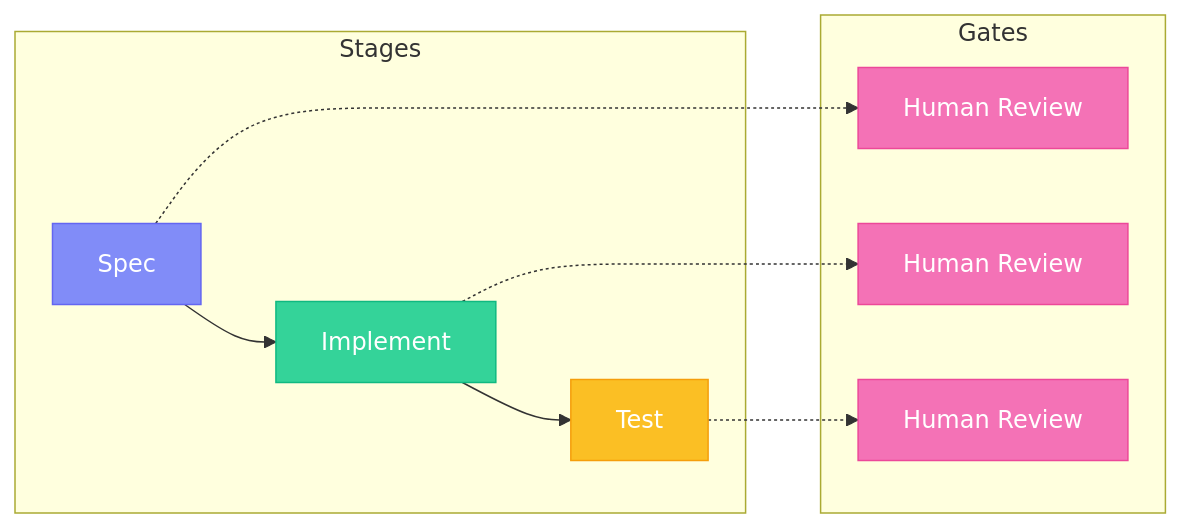
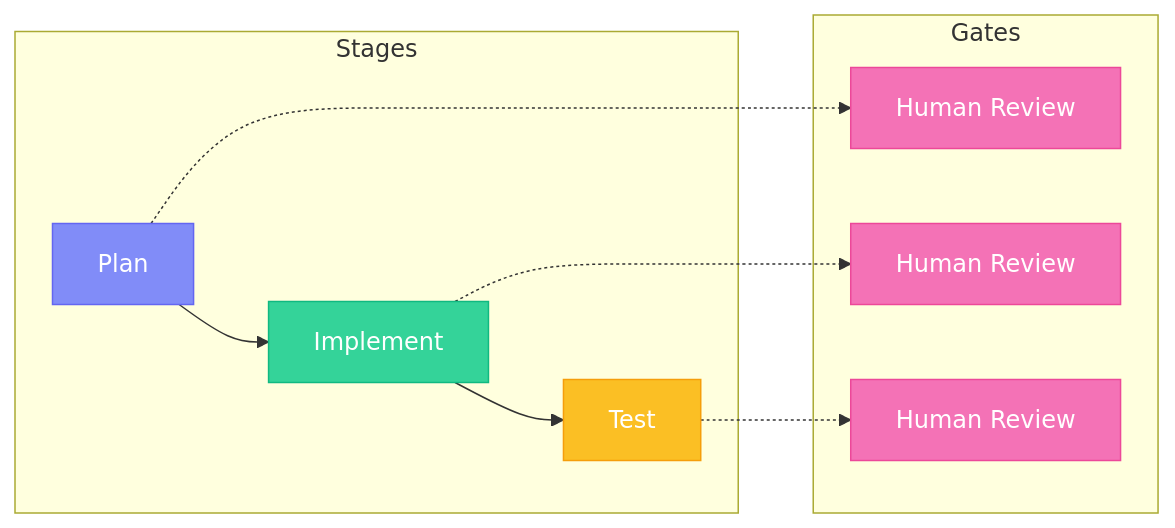
One commit to KiNgReX90/specsmd_turbo changed the second of 2 diagrams in docs.specs.md/core-concepts/bolts.mdx. Above: the diagram before and after it, drawn with Mermaid. The commit also changed other lines of this file and 11 other files, not shown here.

First line of the commit message:
docs: rename simple bolt Stage 1 from Spec to Plan

````diff
--- a/docs.specs.md/core-concepts/bolts.mdx
+++ b/docs.specs.md/core-concepts/bolts.mdx
@@ -159,19 +159,19 @@
 ```mermaid
 flowchart LR
     subgraph Stages
-        S[Spec] --> I[Implement] --> T[Test]
+        P[Plan] --> I[Implement] --> T[Test]
     end
 
     subgraph Gates
-        S -.-> G1[Human Review]
+        P -.-> G1[Human Review]
         I -.-> G2[Human Review]
         T -.-> G3[Human Review]
     end
 
-    style S fill:#818CF8,stroke:#6366F1,color:#fff
+    style P fill:#818CF8,stroke:#6366F1,color:#fff
     style I fill:#34D399,stroke:#10B981,color:#fff
     style T fill:#FBBF24,stroke:#F59E0B,color:#fff
     style G1 fill:#F472B6,stroke:#EC4899,color:#fff
     style G2 fill:#F472B6,stroke:#EC4899,color:#fff
     style G3 fill:#F472B6,stroke:#EC4899,color:#fff
 ```
````
